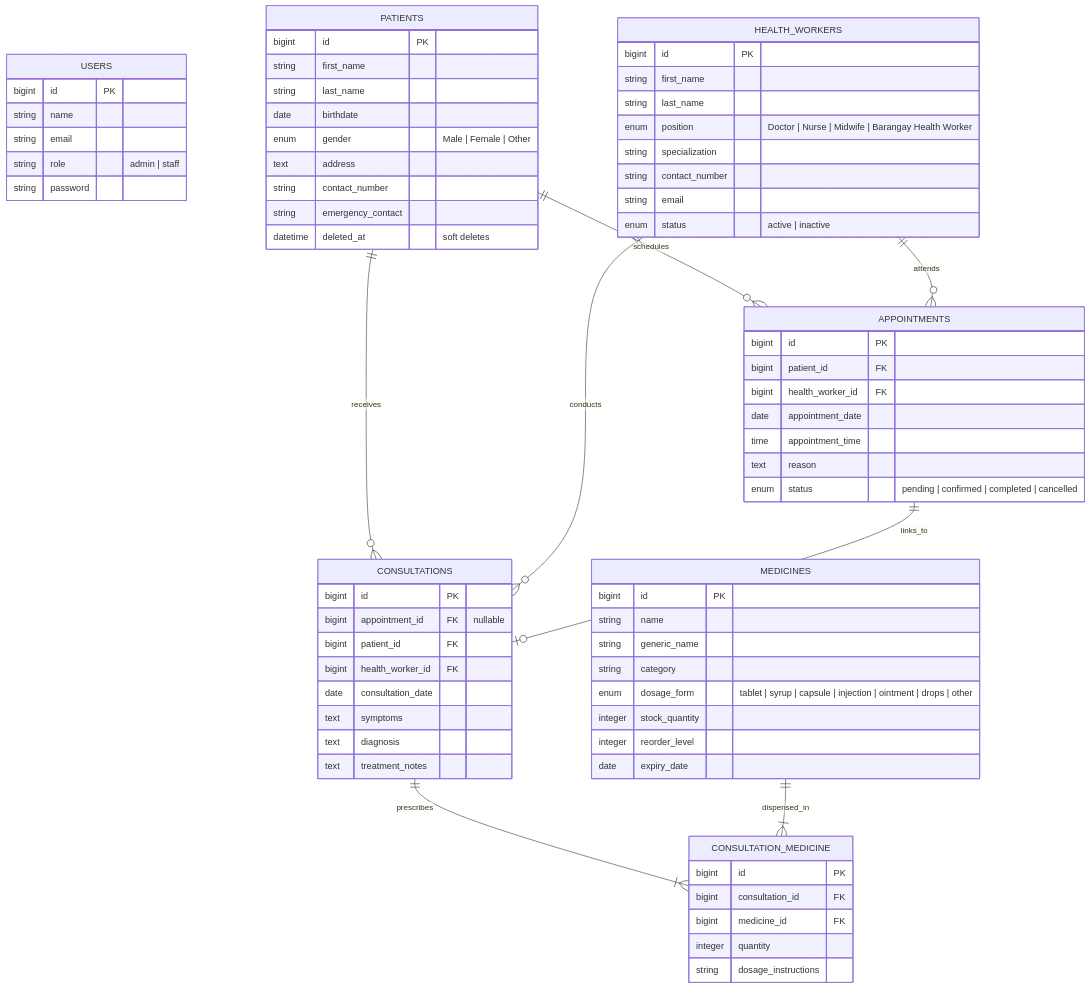
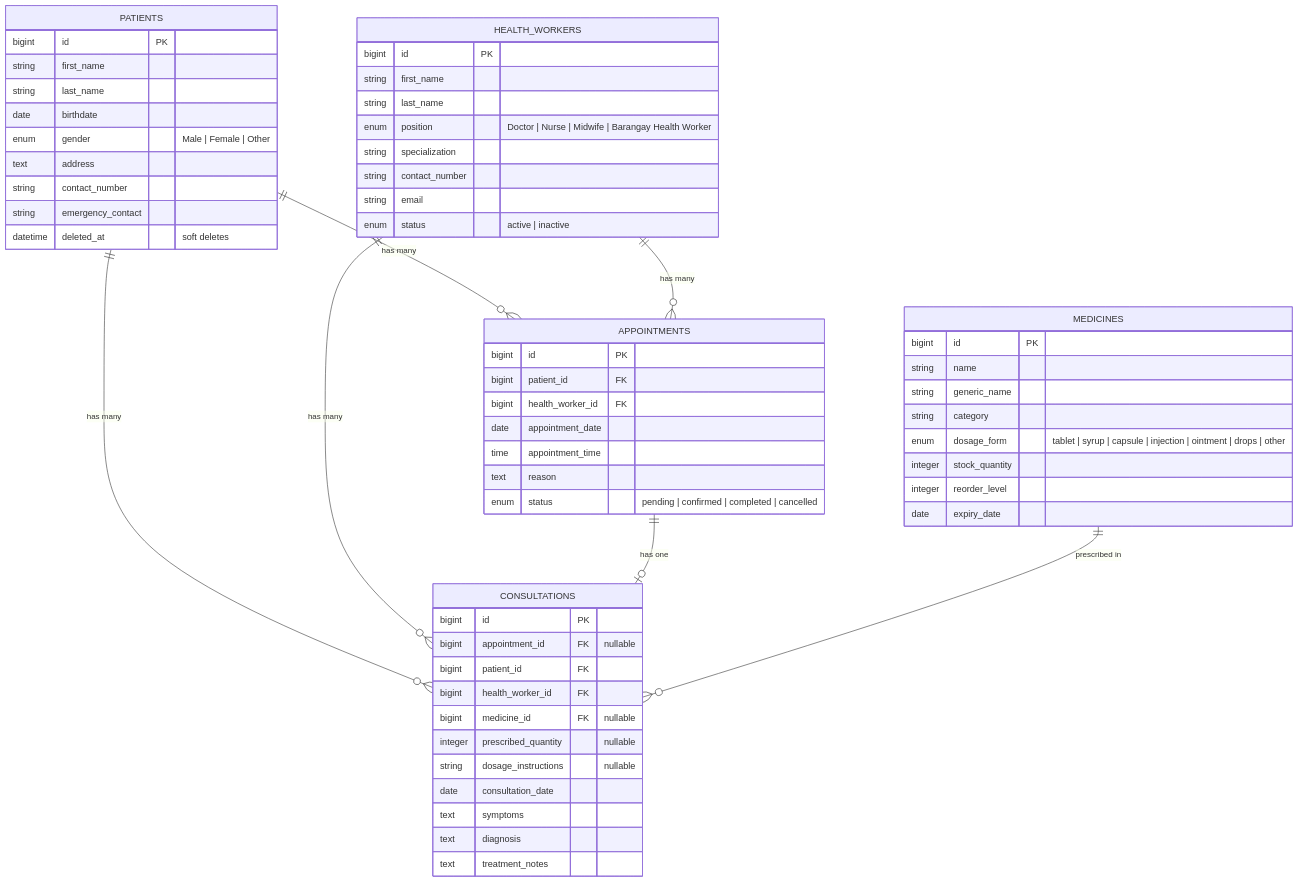
Before and after one commit to amberroseperote62-cpu/Community-Health-Center-System: the diagram in README.md, drawn with Mermaid. The commit also changed other lines of this file, not shown here.

````diff
--- a/README.md
+++ b/README.md
@@ -83,81 +83,67 @@
 ```mermaid
 erDiagram
-    USERS {
-        bigint id PK
-        string name
-        string email
-        string role "admin | staff"
-        string password
-    }
-
     PATIENTS {
         bigint id PK
         string first_name
         string last_name
         date birthdate
         enum gender "Male | Female | Other"
         text address
         string contact_number
         string emergency_contact
         datetime deleted_at "soft deletes"
     }
 
     HEALTH_WORKERS {
         bigint id PK
         string first_name
         string last_name
         enum position "Doctor | Nurse | Midwife | Barangay Health Worker"
         string specialization
         string contact_number
         string email
         enum status "active | inactive"
     }
 
     APPOINTMENTS {
         bigint id PK
         bigint patient_id FK
         bigint health_worker_id FK
         date appointment_date
         time appointment_time
         text reason
         enum status "pending | confirmed | completed | cancelled"
     }
 
-    CONSULTATIONS {
-        bigint id PK
-        bigint appointment_id FK "nullable"
-        bigint patient_id FK
-        bigint health_worker_id FK
-        date consultation_date
-        text symptoms
-        text diagnosis
-        text treatment_notes
-    }
-
     MEDICINES {
         bigint id PK
         string name
         string generic_name
         string category
         enum dosage_form "tablet | syrup | capsule | injection | ointment | drops | other"
         integer stock_quantity
         integer reorder_level
         date expiry_date
     }
 
-    CONSULTATION_MEDICINE {
+    CONSULTATIONS {
         bigint id PK
-        bigint consultation_id FK
-        bigint medicine_id FK
-        integer quantity
-        string dosage_instructions
+        bigint appointment_id FK "nullable"
+        bigint patient_id FK
+        bigint health_worker_id FK
+        bigint medicine_id FK "nullable"
+        integer prescribed_quantity "nullable"
+        string dosage_instructions "nullable"
+        date consultation_date
+        text symptoms
+        text diagnosis
+        text treatment_notes
     }
 
-    PATIENTS ||--o{ APPOINTMENTS : schedules
-    HEALTH_WORKERS ||--o{ APPOINTMENTS : attends
-    PATIENTS ||--o{ CONSULTATIONS : receives
-    HEALTH_WORKERS ||--o{ CONSULTATIONS : conducts
-    APPOINTMENTS ||--o| CONSULTATIONS : links_to
-    CONSULTATIONS ||--|{ CONSULTATION_MEDICINE : prescribes
-    MEDICINES ||--|{ CONSULTATION_MEDICINE : dispensed_in
+    PATIENTS ||--o{ APPOINTMENTS : "has many"
+    HEALTH_WORKERS ||--o{ APPOINTMENTS : "has many"
+    PATIENTS ||--o{ CONSULTATIONS : "has many"
+    HEALTH_WORKERS ||--o{ CONSULTATIONS : "has many"
+    APPOINTMENTS ||--o| CONSULTATIONS : "has one"
+    MEDICINES ||--o{ CONSULTATIONS : "prescribed in"
 ```
````
